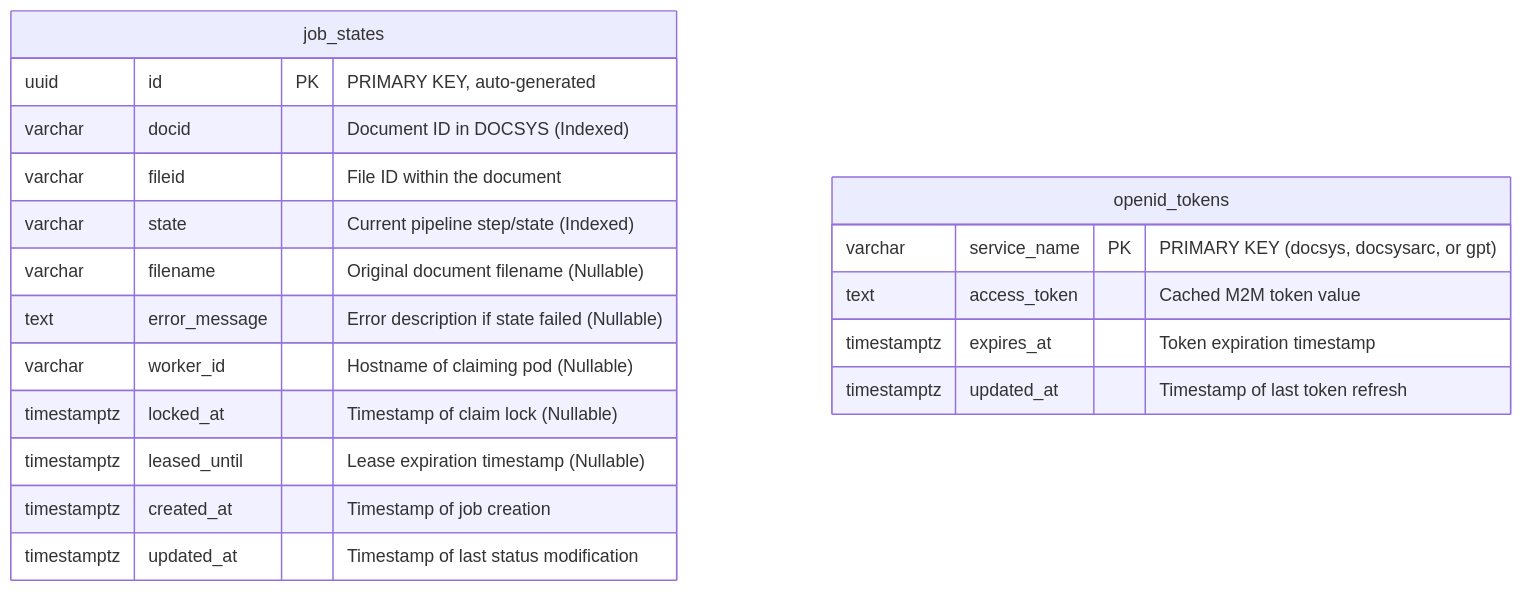
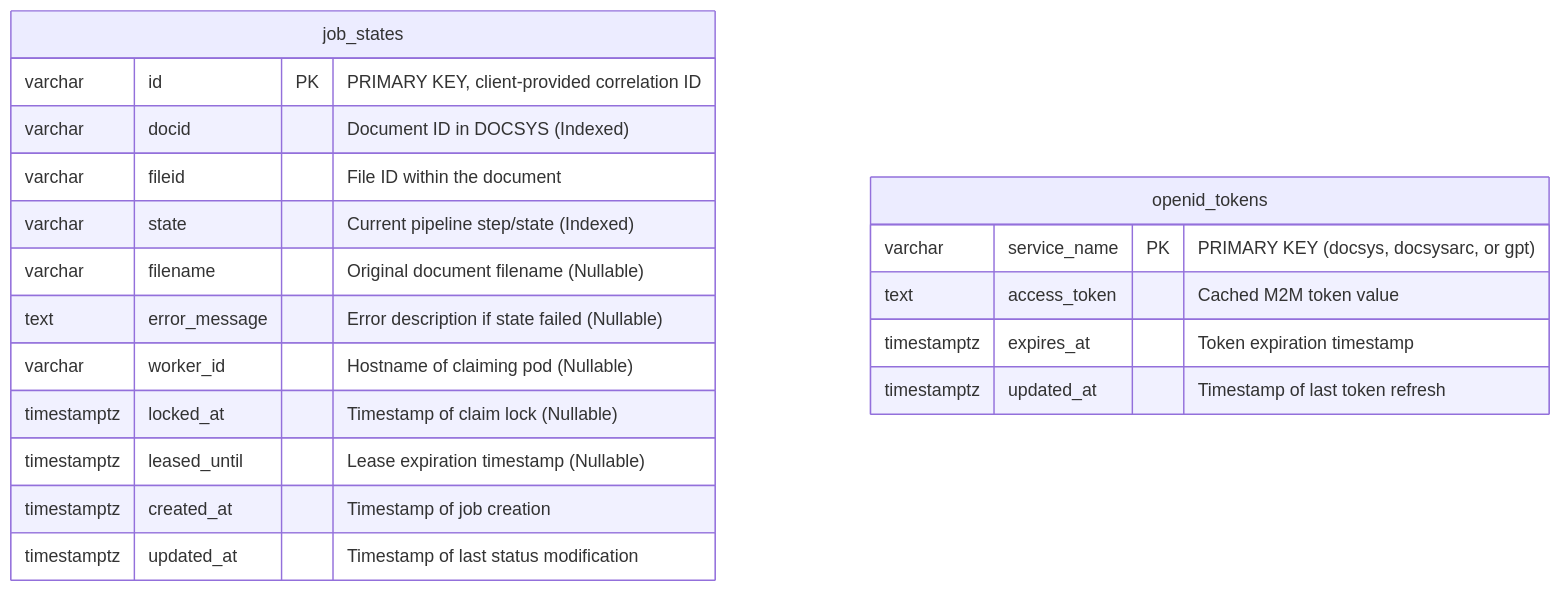
Before and after one commit to Kullapan/python-ocr-summary-worker-openshift: the diagram in docs/er_diagram.mermaid, drawn with Mermaid. The commit also changed 1 other file, not shown here.

Commit message:
docs: add ER and sequence diagrams to document database schema and processing workflow

```diff
--- a/docs/er_diagram.mermaid
+++ b/docs/er_diagram.mermaid
@@ -1,21 +1,21 @@
 erDiagram
     job_states {
-        uuid id PK "PRIMARY KEY, auto-generated"
+        varchar id PK "PRIMARY KEY, client-provided correlation ID"
         varchar docid "Document ID in DOCSYS (Indexed)"
         varchar fileid "File ID within the document"
         varchar state "Current pipeline step/state (Indexed)"
         varchar filename "Original document filename (Nullable)"
         text error_message "Error description if state failed (Nullable)"
         varchar worker_id "Hostname of claiming pod (Nullable)"
         timestamptz locked_at "Timestamp of claim lock (Nullable)"
         timestamptz leased_until "Lease expiration timestamp (Nullable)"
         timestamptz created_at "Timestamp of job creation"
         timestamptz updated_at "Timestamp of last status modification"
     }
 
     openid_tokens {
         varchar service_name PK "PRIMARY KEY (docsys, docsysarc, or gpt)"
         text access_token "Cached M2M token value"
         timestamptz expires_at "Token expiration timestamp"
         timestamptz updated_at "Timestamp of last token refresh"
     }
```
